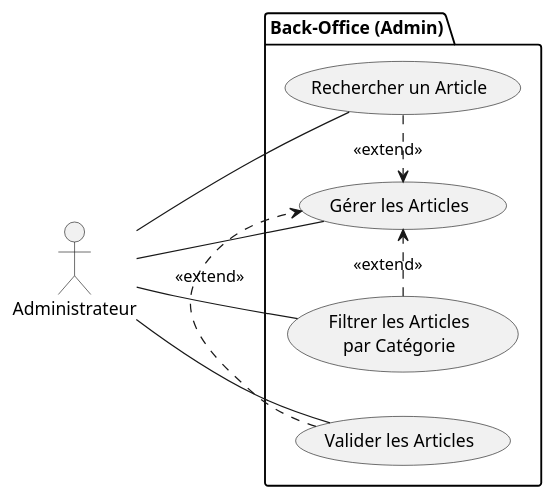
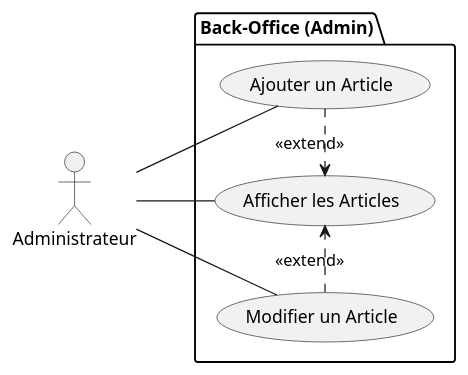
Before and after one commit to salma-dev123/Blog-solicode-personel: the diagram in Fonctionnalités_UC/use_cases.puml, drawn with PlantUML.

Commit message:
update use case diagramm

```diff
--- a/Fonctionnalités_UC/use_cases.puml
+++ b/Fonctionnalités_UC/use_cases.puml
@@ -1,22 +1,21 @@
 @startuml Use_Cases_Admin
 left to right direction
 
 actor "Administrateur" as Admin
 
 package "Back-Office (Admin)" {
-  usecase "Gérer les Articles" as UC_CRUD
-  usecase "Rechercher un Article" as UC_Search
-  usecase "Filtrer les Articles\npar Catégorie" as UC_Filter
-  usecase "Valider les Articles" as UC_Validate
+  usecase "Afficher les Articles" as UC_View
+  usecase "Ajouter un Article" as UC_Add
+  usecase "Modifier un Article" as UC_Edit
+  
 }
 
-Admin -- UC_CRUD
-Admin -- UC_Search
-Admin -- UC_Filter
-Admin -- UC_Validate
+Admin -- UC_View
+Admin -- UC_Add
+Admin -- UC_Edit
 
-UC_Search .> UC_CRUD : <<extend>>
-UC_Filter .> UC_CRUD : <<extend>>
-UC_Validate .> UC_CRUD : <<extend>>
+
+UC_Add .> UC_View : <<extend>>
+UC_Edit .> UC_View : <<extend>>
 
 @enduml
```
